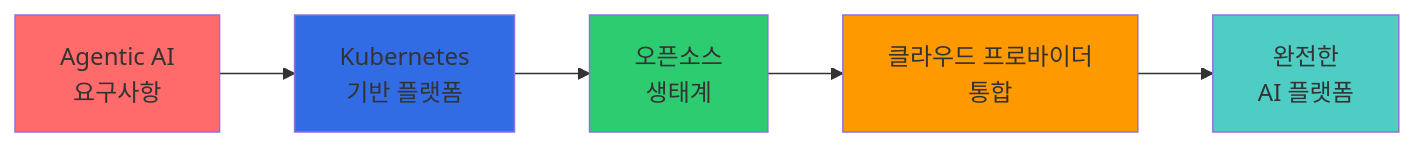
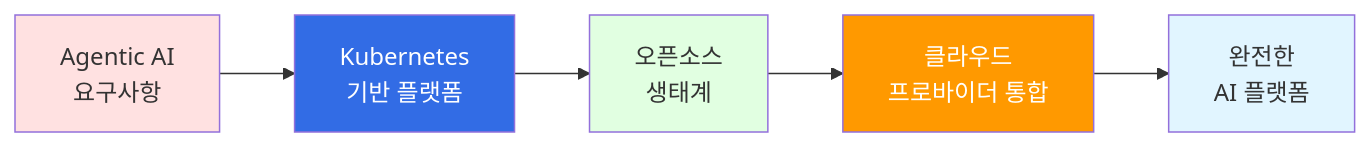
Before and after one commit to devfloor9/engineering-playbook: diagram 16 of 16 in docs/agentic-ai-platform/design-architecture/agentic-ai-challenges.md, drawn with Mermaid. The commit also changed other lines of this file and 24 other files, not shown here.

First line of the commit message:
docs: Agentic AI 플랫폼 문서 대규모 업데이트

````diff
--- a/docs/agentic-ai-platform/design-architecture/agentic-ai-challenges.md
+++ b/docs/agentic-ai-platform/design-architecture/agentic-ai-challenges.md
@@ -918,13 +972,19 @@
 ```mermaid
-graph LR
-    START["Agentic AI<br/>요구사항"] --> K8S["Kubernetes<br/>기반 플랫폼"]
-    K8S --> OSS["오픈소스<br/>생태계"]
-    OSS --> CLOUD["클라우드 프로바이더<br/>통합"]
-    CLOUD --> SOLUTION["완전한<br/>AI 플랫폼"]
+flowchart LR
+    START["Agentic AI<br/>요구사항"]
+    K8S["Kubernetes<br/>기반 플랫폼"]
+    OSS["오픈소스<br/>생태계"]
+    CLOUD["클라우드<br/>프로바이더 통합"]
+    SOLUTION["완전한<br/>AI 플랫폼"]
 
-    style START fill:#ff6b6b
-    style K8S fill:#326ce5
-    style OSS fill:#2ecc71
-    style CLOUD fill:#ff9900
-    style SOLUTION fill:#4ecdc4
+    START --> K8S
+    K8S --> OSS
+    OSS --> CLOUD
+    CLOUD --> SOLUTION
+
+    style START fill:#ffe1e1
+    style K8S fill:#326ce5,color:#fff
+    style OSS fill:#e1ffe1
+    style CLOUD fill:#ff9900,color:#fff
+    style SOLUTION fill:#e1f5ff
 ```
````
